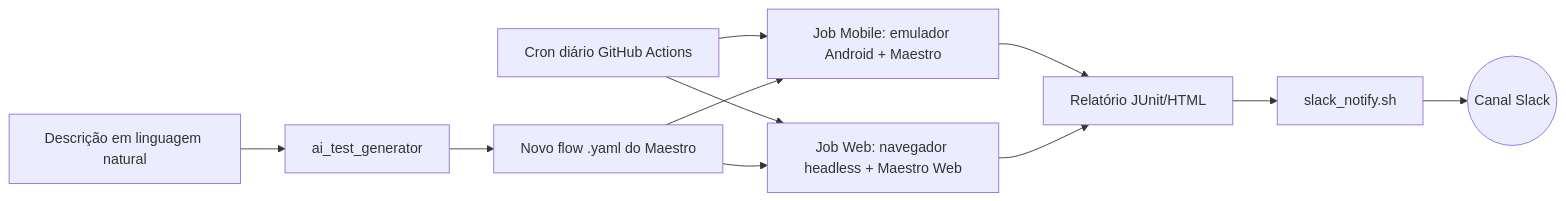
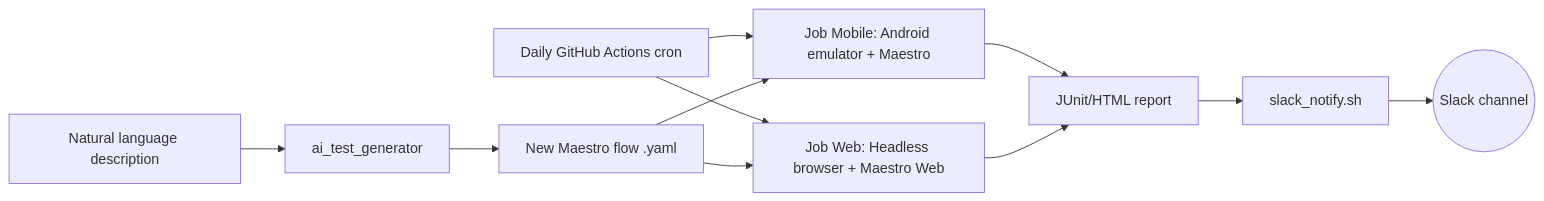
The diagram in README.md (gustavaom7/maestro-mobile-ai-qa), drawn with Mermaid before and after one commit. The commit also changed other lines of this file, not shown here.

````diff
--- a/README.md
+++ b/README.md
@@ -28,13 +22,13 @@
 ```mermaid
 flowchart LR
-    A[Cron diário GitHub Actions] --> B[Job Mobile: emulador Android + Maestro]
-    A --> C[Job Web: navegador headless + Maestro Web]
-    B --> D[Relatório JUnit/HTML]
+    A[Daily GitHub Actions cron] --> B[Job Mobile: Android emulator + Maestro]
+    A --> C[Job Web: Headless browser + Maestro Web]
+    B --> D[JUnit/HTML report]
     C --> D
     D --> E[slack_notify.sh]
-    E --> F((Canal Slack))
-    G[Descrição em linguagem natural] --> H[ai_test_generator]
-    H --> I[Novo flow .yaml do Maestro]
+    E --> F((Slack channel))
+    G[Natural language description] --> H[ai_test_generator]
+    H --> I[New Maestro flow .yaml]
     I --> B
     I --> C
 ```
````
